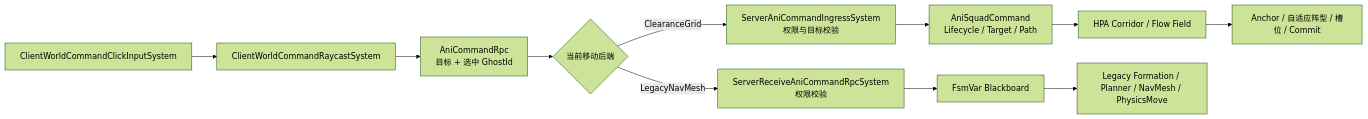
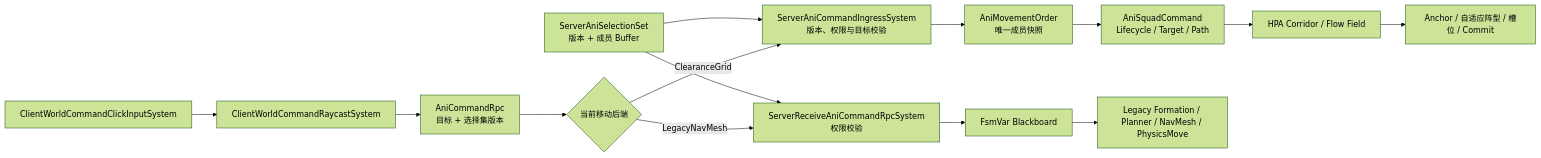
Before and after one commit to mcaswen/AnimarsCatcher: the third of 7 diagrams in docs/Architecture/05_GameplayFlows.md, drawn with Mermaid (forest theme). The commit also changed other lines of this file and 34 other files, not shown here.

````diff
--- a/docs/Architecture/05_GameplayFlows.md
+++ b/docs/Architecture/05_GameplayFlows.md
@@ -67,18 +70,22 @@
 ```mermaid
 flowchart LR
     Click[ClientWorldCommandClickInputSystem]
     Ray[ClientWorldCommandRaycastSystem]
-    Rpc[AniCommandRpc<br/>目标 + 选中 GhostId]
+    Selection[ServerAniSelectionSet<br/>版本 + 成员 Buffer]
+    Rpc[AniCommandRpc<br/>目标 + 选择集版本]
     Backend{当前移动后端}
-    GridIngress[ServerAniCommandIngressSystem<br/>权限与目标校验]
+    GridIngress[ServerAniCommandIngressSystem<br/>版本、权限与目标校验]
+    Order[AniMovementOrder<br/>唯一成员快照]
     Squad[AniSquadCommand<br/>Lifecycle / Target / Path]
     Flow[HPA Corridor / Flow Field]
     GridMove[Anchor / 自适应阵型 / 槽位 / Commit]
     LegacyIngress[ServerReceiveAniCommandRpcSystem<br/>权限校验]
     Blackboard[FsmVar Blackboard]
     Legacy[Legacy Formation / Planner / NavMesh / PhysicsMove]
 
     Click --> Ray --> Rpc --> Backend
-    Backend -->|ClearanceGrid| GridIngress --> Squad --> Flow --> GridMove
+    Selection --> GridIngress
+    Selection --> LegacyIngress
+    Backend -->|ClearanceGrid| GridIngress --> Order --> Squad --> Flow --> GridMove
     Backend -->|LegacyNavMesh| LegacyIngress --> Blackboard --> Legacy
 ```
````
